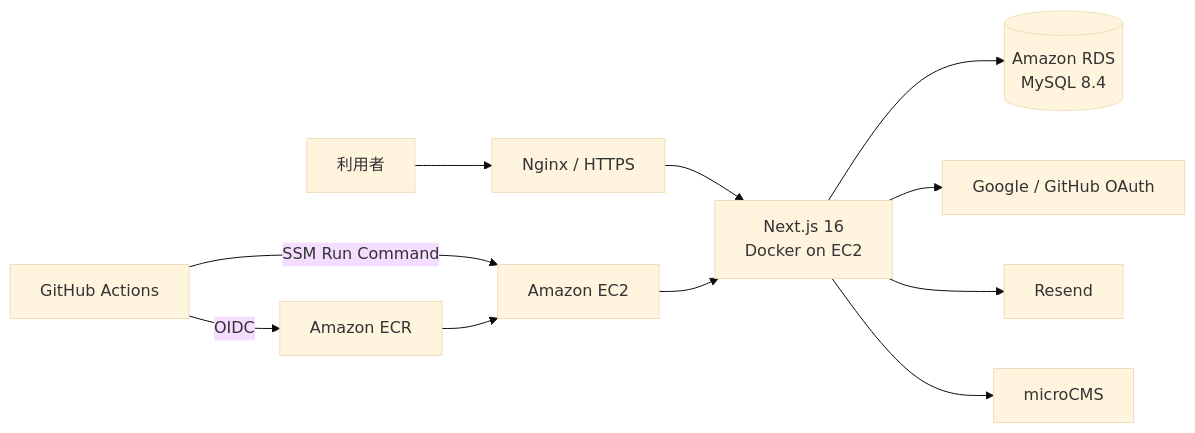
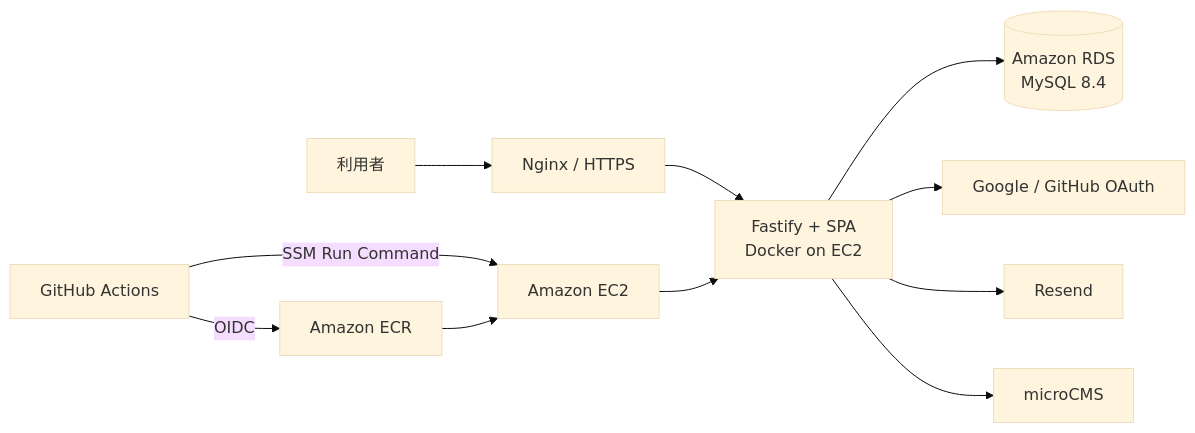
The diagram in README.md (shimaiku1960/juken-map), drawn with Mermaid (base theme) before and after one commit. The commit also changed other lines of this file and 187 other files, not shown here.

````diff
--- a/README.md
+++ b/README.md
@@ -66,14 +66,14 @@
 ```mermaid
 flowchart LR
     User[利用者] --> Nginx[Nginx / HTTPS]
-    Nginx --> App[Next.js 16\nDocker on EC2]
+    Nginx --> App[Fastify + SPA\nDocker on EC2]
     App --> RDS[(Amazon RDS\nMySQL 8.4)]
     App --> Auth[Google / GitHub OAuth]
     App --> Resend[Resend]
     App --> CMS[microCMS]
 
     GitHub[GitHub Actions] -->|OIDC| ECR[Amazon ECR]
     GitHub -->|SSM Run Command| EC2[Amazon EC2]
     ECR --> EC2
     EC2 --> App
 ```
````
